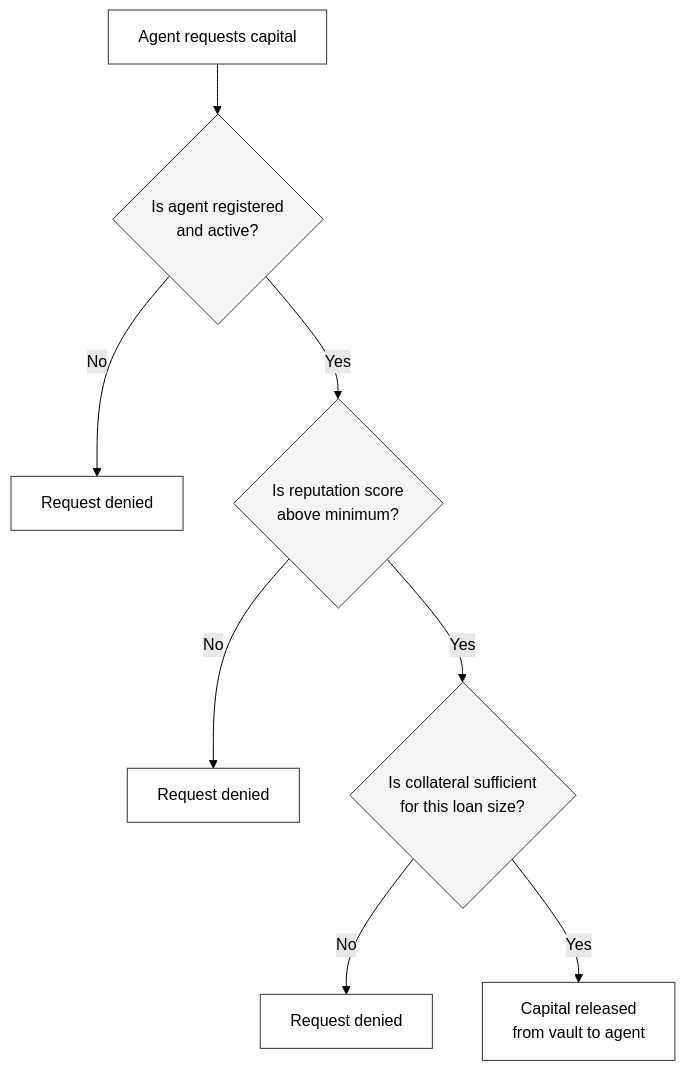
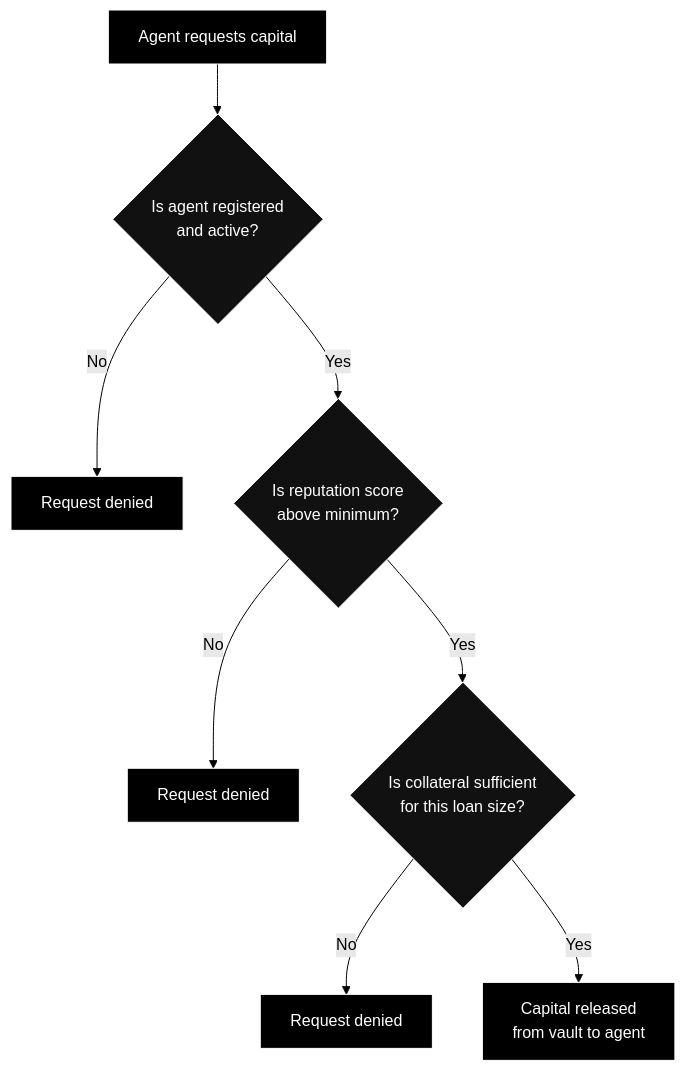
Before and after one commit to TRECC-eth/docs: the diagram in concepts/risk-and-collateral.mdx, drawn with Mermaid (forest theme). The commit also changed 12 other files, not shown here.

Commit message:
changed diagram colours

````diff
--- a/concepts/risk-and-collateral.mdx
+++ b/concepts/risk-and-collateral.mdx
@@ -35,19 +35,19 @@
 ```mermaid
 flowchart TD
     REQ[Agent requests capital] --> CHECK1{Is agent registered<br/>and active?}
     CHECK1 -->|No| REJECT1[Request denied]
     CHECK1 -->|Yes| CHECK2{Is reputation score<br/>above minimum?}
     CHECK2 -->|No| REJECT2[Request denied]
     CHECK2 -->|Yes| CHECK3{Is collateral sufficient<br/>for this loan size?}
     CHECK3 -->|No| REJECT3[Request denied]
     CHECK3 -->|Yes| APPROVE[Capital released<br/>from vault to agent]
 
-    style REQ fill:#ffffff,stroke:#333333
-    style CHECK1 fill:#f5f5f5,stroke:#333333
-    style CHECK2 fill:#f5f5f5,stroke:#333333
-    style CHECK3 fill:#f5f5f5,stroke:#333333
-    style REJECT1 fill:#ffffff,stroke:#333333
-    style REJECT2 fill:#ffffff,stroke:#333333
-    style REJECT3 fill:#ffffff,stroke:#333333
-    style APPROVE fill:#ffffff,stroke:#333333
+    style REQ fill:#000000,stroke:#ffffff,color:#ffffff
+    style CHECK1 fill:#111111,stroke:#ffffff,color:#ffffff
+    style CHECK2 fill:#111111,stroke:#ffffff,color:#ffffff
+    style CHECK3 fill:#111111,stroke:#ffffff,color:#ffffff
+    style REJECT1 fill:#000000,stroke:#ffffff,color:#ffffff
+    style REJECT2 fill:#000000,stroke:#ffffff,color:#ffffff
+    style REJECT3 fill:#000000,stroke:#ffffff,color:#ffffff
+    style APPROVE fill:#000000,stroke:#ffffff,color:#ffffff
 ```
````
